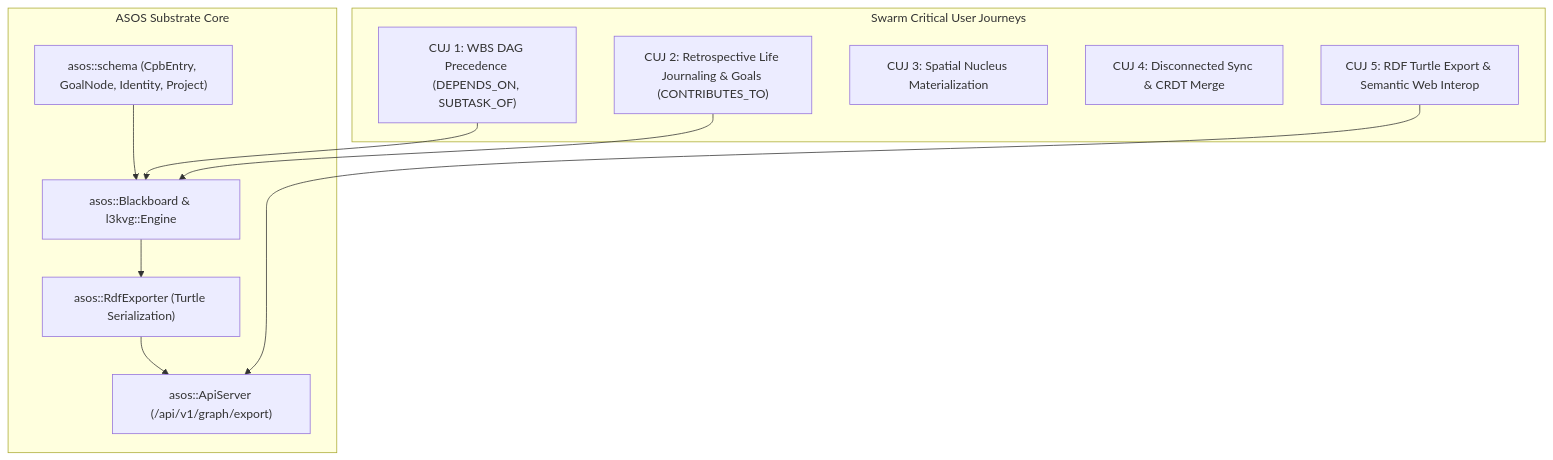
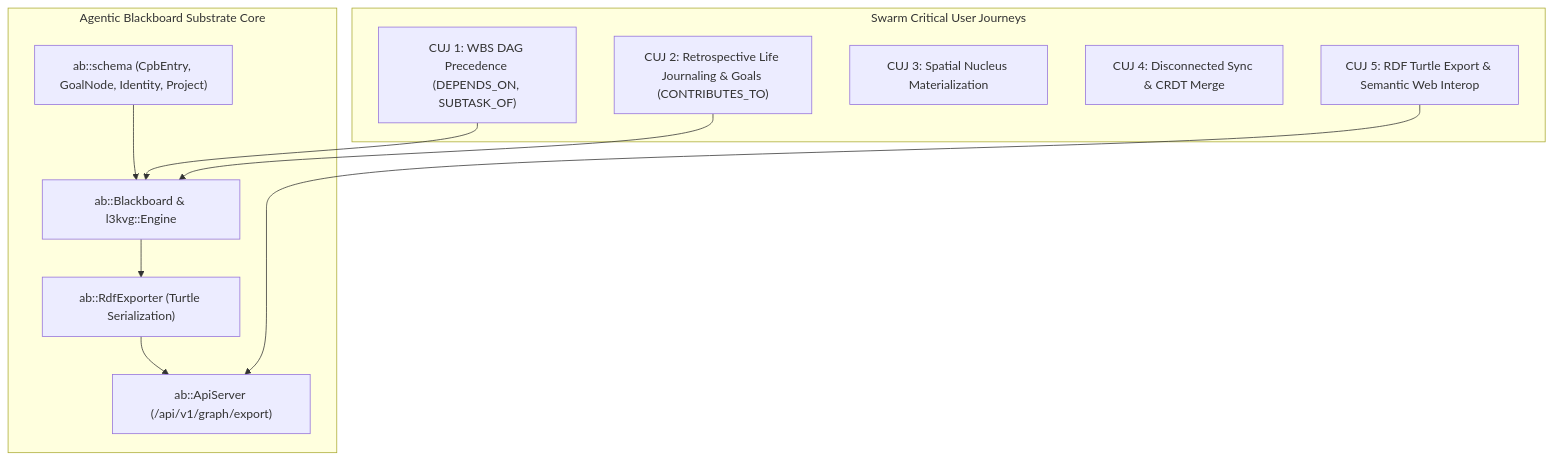
The diagram in docs/superpowers/plans/2026-08-31-rdf-schema-and-cujs.md (jasoncoposky/agentic_blackboard), drawn with Mermaid before and after one commit. The commit also changed other lines of this file and 28 other files, not shown here.

Commit message:
docs: complete rebranding from asos to agentic_blackboard and ab across all documentation

````diff
--- a/docs/superpowers/plans/2026-08-31-rdf-schema-and-cujs.md
+++ b/docs/superpowers/plans/2026-08-31-rdf-schema-and-cujs.md
@@ -11,24 +11,24 @@
 ```mermaid
 graph TD
-    subgraph "ASOS Substrate Core"
-        Schema["asos::schema (CpbEntry, GoalNode, Identity, Project)"]
-        Blackboard["asos::Blackboard & l3kvg::Engine"]
-        RdfExport["asos::RdfExporter (Turtle Serialization)"]
-        Api["asos::ApiServer (/api/v1/graph/export)"]
+    subgraph "Agentic Blackboard Substrate Core"
+        Schema["ab::schema (CpbEntry, GoalNode, Identity, Project)"]
+        Blackboard["ab::Blackboard & l3kvg::Engine"]
+        RdfExport["ab::RdfExporter (Turtle Serialization)"]
+        Api["ab::ApiServer (/api/v1/graph/export)"]
     end
 
     subgraph "Swarm Critical User Journeys"
         CUJ1["CUJ 1: WBS DAG Precedence (DEPENDS_ON, SUBTASK_OF)"]
         CUJ2["CUJ 2: Retrospective Life Journaling & Goals (CONTRIBUTES_TO)"]
         CUJ3["CUJ 3: Spatial Nucleus Materialization"]
         CUJ4["CUJ 4: Disconnected Sync & CRDT Merge"]
         CUJ5["CUJ 5: RDF Turtle Export & Semantic Web Interop"]
     end
 
     Schema --> Blackboard
     Blackboard --> RdfExport
     RdfExport --> Api
     CUJ1 --> Blackboard
     CUJ2 --> Blackboard
     CUJ5 --> Api
 ```
````
